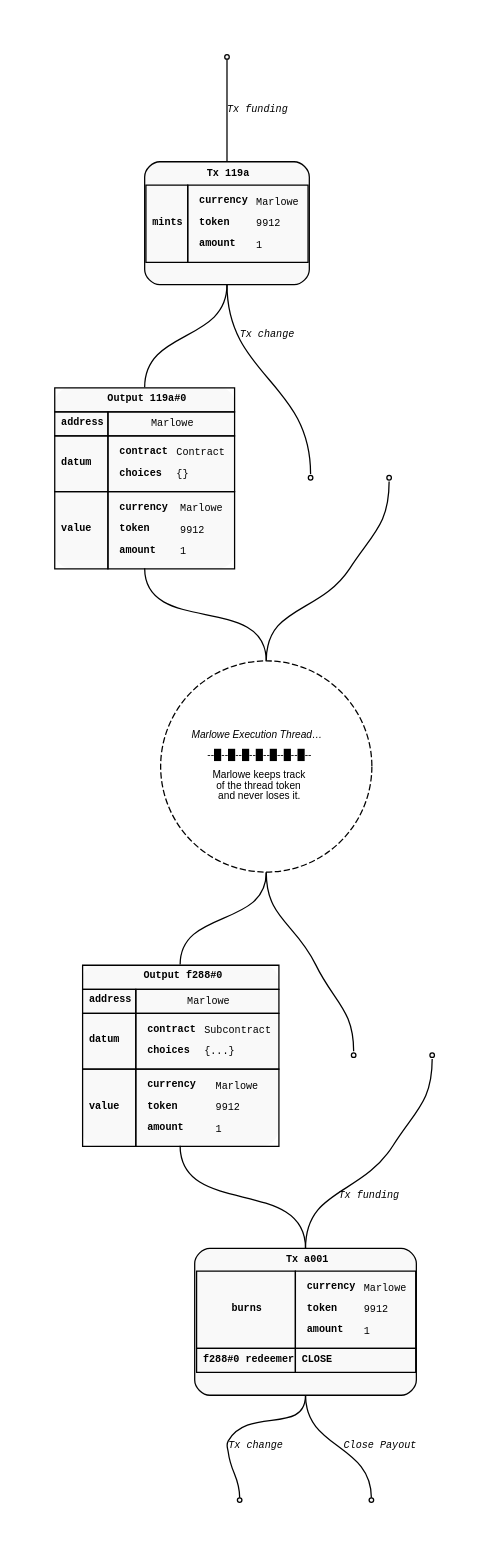
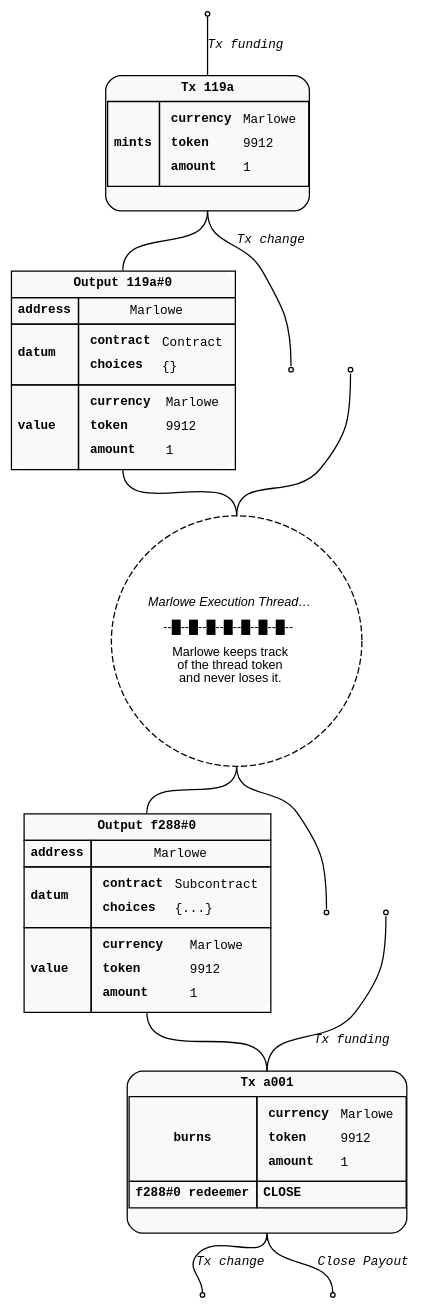
Before and after one commit to marlowe-lang/marlowe-oracle-protocol: the diagram in diagrams/utxo-marlowe-thread-token.dot, drawn with Graphviz. The commit also changed 20 other files, not shown here.

Commit message:
Merge the markdown files. Make diagrams more compact.

```diff
--- a/diagrams/utxo-marlowe-thread-token.dot
+++ b/diagrams/utxo-marlowe-thread-token.dot
@@ -1,8 +1,8 @@
 digraph Marlowe_Proof_Of_Execution {
   rankdir=TD;
-  graph [pad="0.5", nodesep="0.8", ranksep="1"];
-  node [shape=rect, style="filled,rounded", fillcolor="#f9f9f9", fontname="Courier New", fontsize="8pt"];
-  edge [arrowhead=none, headport="n", tailport="s", color="#aaa", fontname="Courier New", fontsize="8pt"];
+  graph [pad="0.02", nodesep="0.6", ranksep="0.5"];
+  node [shape=rect, style="filled,rounded", fillcolor="#f9f9f9", fontname="Courier New", fontsize="10"];
+  edge [arrowhead=none, headport="n", tailport="s", color="#aaa", fontname="Courier New", fontsize="10"];
 
   MintingFundingOutput [shape=point];
   MintingFundingOutput -> MintingTx [label=<<i>Tx funding</i>>];
```
